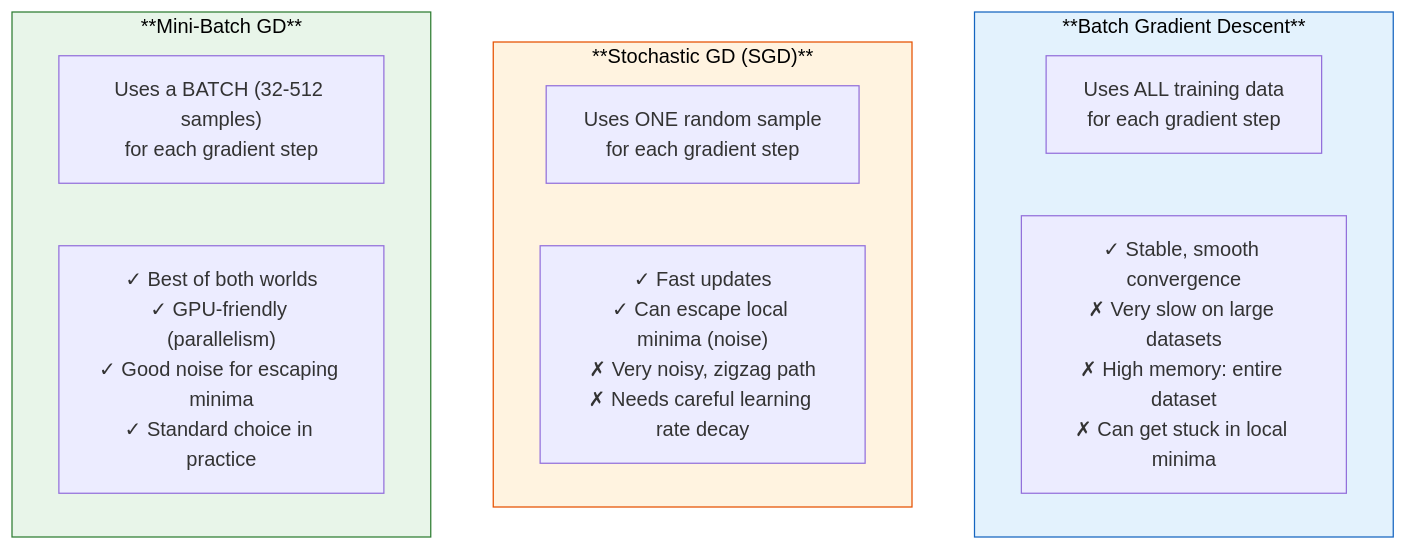
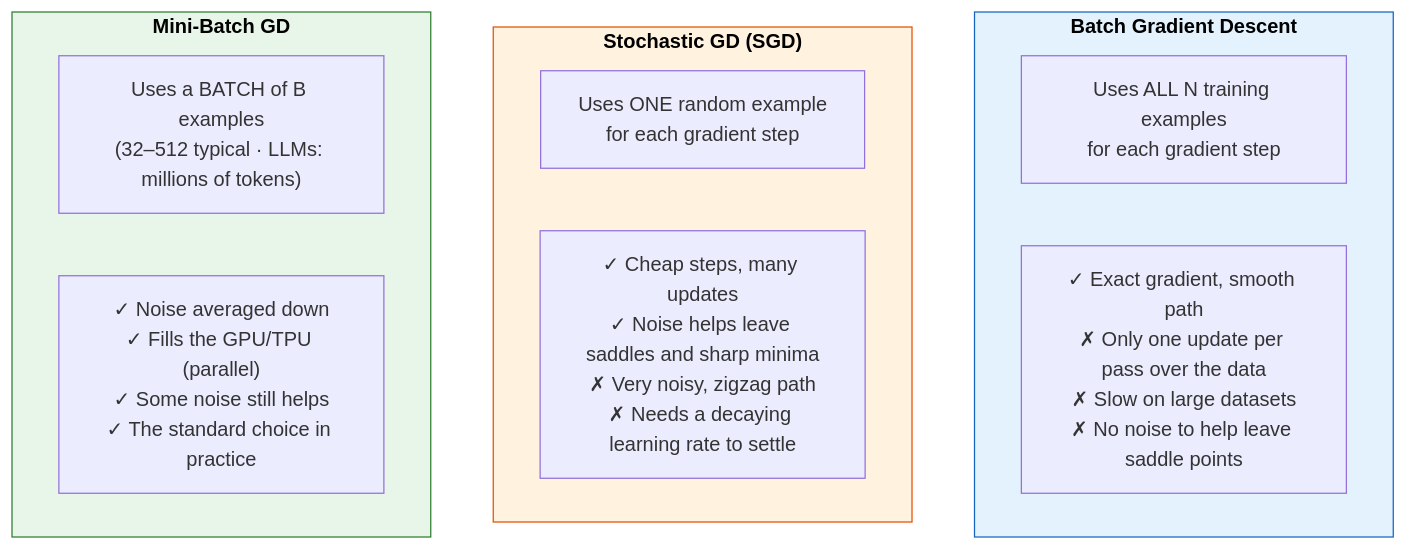
One commit to Hmago/ml4 changed the fifth of 47 diagrams in content/34_google_top10_ml_interview.md. Above: the diagram before and after it, drawn with Mermaid. The commit also changed other lines of this file and 59 other files, not shown here.

````diff
--- a/content/34_google_top10_ml_interview.md
+++ b/content/34_google_top10_ml_interview.md
@@ -341,21 +374,21 @@
 ```mermaid
 graph TD
-    subgraph BGD["**Batch Gradient Descent**"]
-        B1["Uses ALL training data<br/>for each gradient step"]
-        B2["✓ Stable, smooth convergence<br/>✗ Very slow on large datasets<br/>✗ High memory: entire dataset<br/>✗ Can get stuck in local minima"]
+    subgraph BGD["<b>Batch Gradient Descent</b>"]
+        B1["Uses ALL N training examples<br/>for each gradient step"]
+        B2["✓ Exact gradient, smooth path<br/>✗ Only one update per pass over the data<br/>✗ Slow on large datasets<br/>✗ No noise to help leave saddle points"]
     end
 
-    subgraph SGD_block["**Stochastic GD (SGD)**"]
-        S1["Uses ONE random sample<br/>for each gradient step"]
-        S2["✓ Fast updates<br/>✓ Can escape local minima (noise)<br/>✗ Very noisy, zigzag path<br/>✗ Needs careful learning rate decay"]
+    subgraph SGD_block["<b>Stochastic GD (SGD)</b>"]
+        S1["Uses ONE random example<br/>for each gradient step"]
+        S2["✓ Cheap steps, many updates<br/>✓ Noise helps leave saddles and sharp minima<br/>✗ Very noisy, zigzag path<br/>✗ Needs a decaying learning rate to settle"]
     end
 
-    subgraph MBGD["**Mini-Batch GD**"]
-        M1["Uses a BATCH (32-512 samples)<br/>for each gradient step"]
-        M2["✓ Best of both worlds<br/>✓ GPU-friendly (parallelism)<br/>✓ Good noise for escaping minima<br/>✓ Standard choice in practice"]
+    subgraph MBGD["<b>Mini-Batch GD</b>"]
+        M1["Uses a BATCH of B examples<br/>(32–512 typical · LLMs: millions of tokens)"]
+        M2["✓ Noise averaged down<br/>✓ Fills the GPU/TPU (parallel)<br/>✓ Some noise still helps<br/>✓ The standard choice in practice"]
     end
 
     style BGD fill:#e3f2fd,stroke:#1565c0,color:#000
     style SGD_block fill:#fff3e0,stroke:#e65100,color:#000
     style MBGD fill:#e8f5e9,stroke:#2e7d32,color:#000
 ```
````
